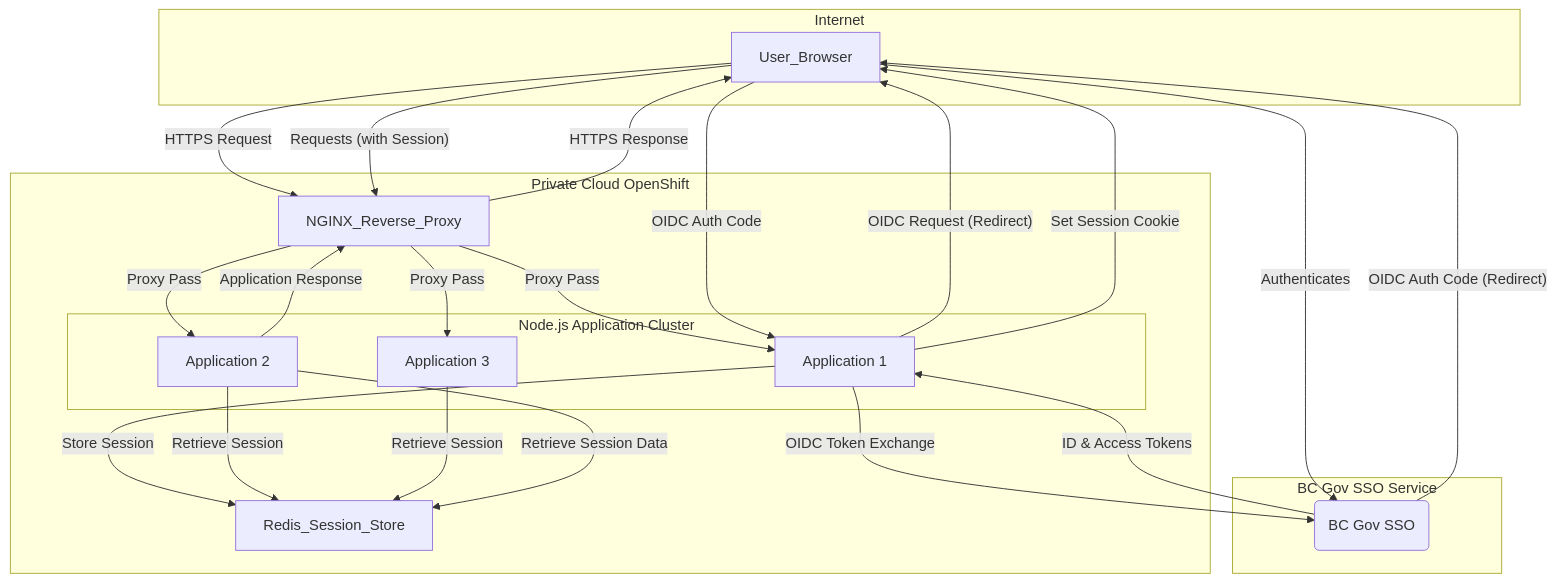
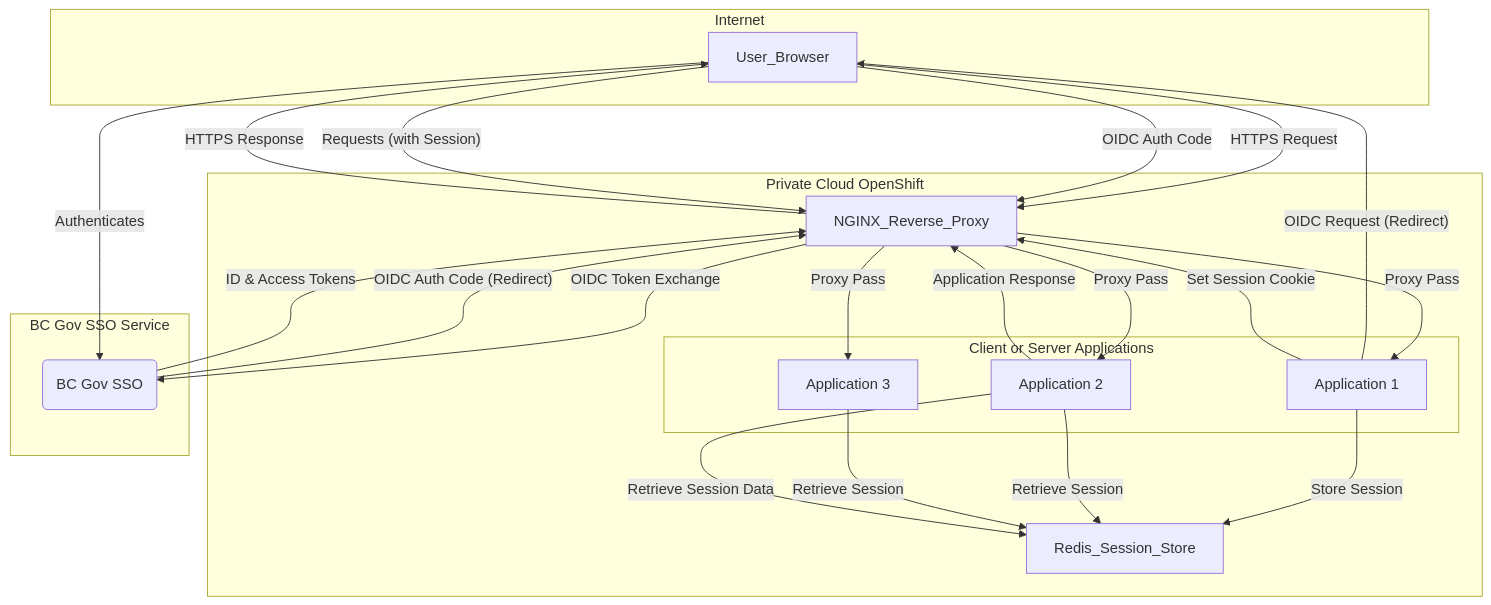
One commit to spencercrose/sso-gateway changed the diagram in README.md. Above: the diagram before and after it, drawn with Mermaid. The commit also changed other lines of this file, not shown here.

````diff
--- a/README.md
+++ b/README.md
@@ -45,45 +36,45 @@
 ```mermaid
 graph TD
     subgraph Internet
         User_Browser
     end
 
     subgraph Private Cloud OpenShift
         NGINX_Reverse_Proxy
-        subgraph Node.js Application Cluster
+        subgraph Client or Server Applications
             NodeJS_App_1[Application 1]
             NodeJS_App_2[Application 2]
             NodeJS_App_N[Application 3]
         end
         Redis_Session_Store
     end
 
     subgraph BC Gov SSO Service
         BC_Gov_Keycloak_Service(BC Gov SSO)
     end
 
     User_Browser -- HTTPS Request --> NGINX_Reverse_Proxy
     NGINX_Reverse_Proxy -- Proxy Pass --> NodeJS_App_1
     NGINX_Reverse_Proxy -- Proxy Pass --> NodeJS_App_2
     NGINX_Reverse_Proxy -- Proxy Pass --> NodeJS_App_N
 
     NodeJS_App_1 -- OIDC Request (Redirect) --> User_Browser
     User_Browser -- Authenticates --> BC_Gov_Keycloak_Service
 
-    BC_Gov_Keycloak_Service -- OIDC Auth Code (Redirect) --> User_Browser
-    User_Browser -- OIDC Auth Code --> NodeJS_App_1
+    BC_Gov_Keycloak_Service -- OIDC Auth Code (Redirect) --> NGINX_Reverse_Proxy
+    User_Browser -- OIDC Auth Code --> NGINX_Reverse_Proxy
 
-    NodeJS_App_1 -- OIDC Token Exchange --> BC_Gov_Keycloak_Service
-    BC_Gov_Keycloak_Service -- ID & Access Tokens --> NodeJS_App_1
+    NGINX_Reverse_Proxy -- OIDC Token Exchange --> BC_Gov_Keycloak_Service
+    BC_Gov_Keycloak_Service -- ID & Access Tokens --> NGINX_Reverse_Proxy
 
     NodeJS_App_1 -- Store Session --> Redis_Session_Store
     NodeJS_App_2 -- Retrieve Session --> Redis_Session_Store
     NodeJS_App_N -- Retrieve Session --> Redis_Session_Store
 
-    NodeJS_App_1 -- Set Session Cookie --> User_Browser
+    NodeJS_App_1 -- Set Session Cookie --> NGINX_Reverse_Proxy
     User_Browser -- Requests (with Session) --> NGINX_Reverse_Proxy
     NodeJS_App_2 -- Retrieve Session Data --> Redis_Session_Store
     NodeJS_App_2 -- Application Response --> NGINX_Reverse_Proxy
     NGINX_Reverse_Proxy -- HTTPS Response --> User_Browser
 
 ```
````
